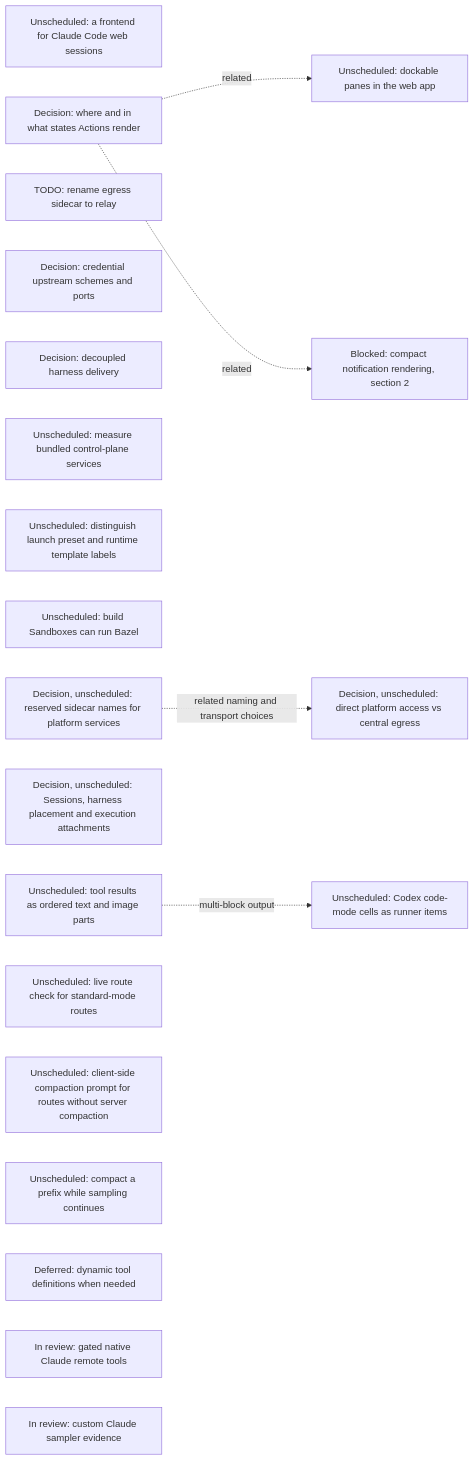
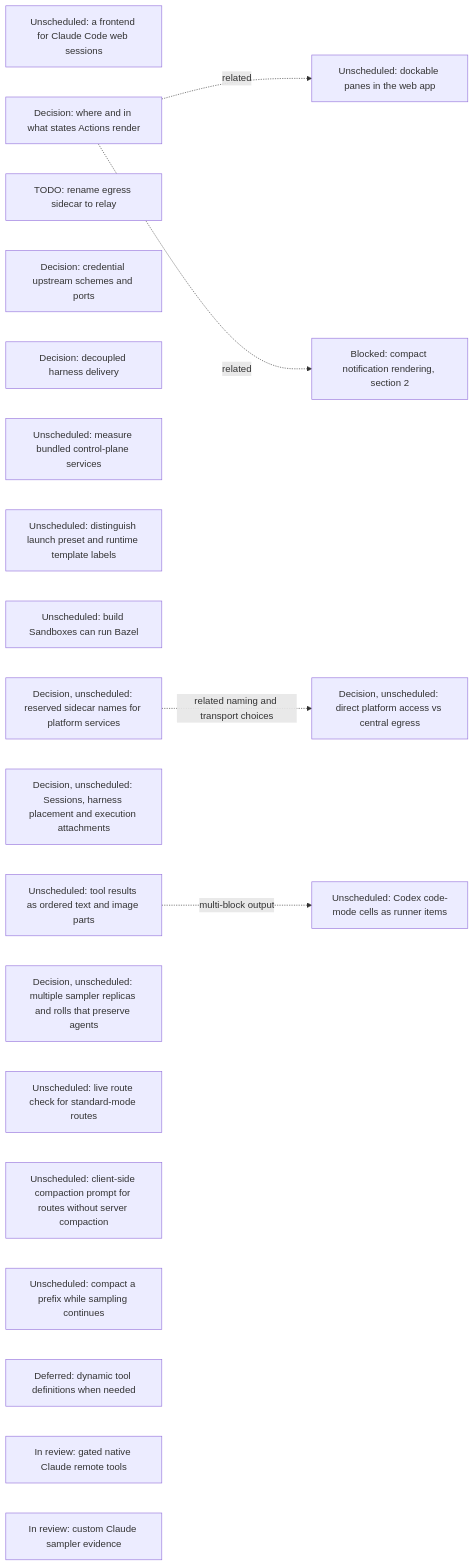
Before and after one commit to agentydragon/ducktape: the sixth of 18 diagrams in agentplane/plans/task_dag.md, drawn with Mermaid. The commit also changed other lines of this file and 1 other file, not shown here.

Commit message:
docs(agentplane): track sampler replica ownership and safe rollouts

````diff
--- a/agentplane/plans/task_dag.md
+++ b/agentplane/plans/task_dag.md
@@ -541,27 +541,28 @@
 ```mermaid
 flowchart LR
     CLAUDE_CODE_WEB_BRIDGE[Unscheduled: a frontend for Claude Code web sessions]
     ACTION_SURFACES_DESIGN[Decision: where and in what states Actions render]
     EGRESS_RELAY_RENAME[TODO: rename egress sidecar to relay]
     EGRESS_CREDENTIAL_TRANSPORT_DESIGN[Decision: credential upstream schemes and ports]
     RUNNER_HARNESS_DELIVERY_DESIGN[Decision: decoupled harness delivery]
     K3S_BUNDLED_SERVICES_SPIKE[Unscheduled: measure bundled control-plane services]
     DOCKABLE_PANES[Unscheduled: dockable panes in the web app]
     ACTION_SURFACES_DESIGN -. related .-> DOCKABLE_PANES
     NOTIFICATION_PRESENTATION[Blocked: compact notification rendering, section 2]
     ACTION_SURFACES_DESIGN -. related .-> NOTIFICATION_PRESENTATION
     SANDBOX_FORM_TERMINOLOGY[Unscheduled: distinguish launch preset and runtime template labels]
     BUILD_BOX_BAZEL[Unscheduled: build Sandboxes can run Bazel]
     PLATFORM_SERVICE_NAMES_DESIGN[Decision, unscheduled: reserved sidecar names for platform services]
     PLATFORM_SERVICE_ROUTING_DESIGN[Decision, unscheduled: direct platform access vs central egress]
     PLATFORM_SERVICE_NAMES_DESIGN -. related naming and transport choices .-> PLATFORM_SERVICE_ROUTING_DESIGN
     SESSION_RUNTIME_MODEL_DESIGN[Decision, unscheduled: Sessions, harness placement and execution attachments]
     STRUCTURED_TOOL_OUTPUT[Unscheduled: tool results as ordered text and image parts]
     STRUCTURED_TOOL_OUTPUT -. multi-block output .-> CODEX_CODE_MODE_CELLS[Unscheduled: Codex code-mode cells as runner items]
+    CENTRAL_SAMPLER_REPLICA_ROLLOUT[Decision, unscheduled: multiple sampler replicas and rolls that preserve agents]
     CENTRAL_SAMPLER_MODEL_CAPABILITIES[Unscheduled: live route check for standard-mode routes]
     CENTRAL_SAMPLER_PROMPT_COMPACTION[Unscheduled: client-side compaction prompt for routes without server compaction]
     CENTRAL_SAMPLER_BACKGROUND_COMPACTION[Unscheduled: compact a prefix while sampling continues]
     CENTRAL_SAMPLER_DYNAMIC_TOOLS[Deferred: dynamic tool definitions when needed]
     CLAUDE_REMOTE_EXECUTION_SPIKE[In review: gated native Claude remote tools]
     CLAUDE_CUSTOM_SAMPLER[In review: custom Claude sampler evidence]
 ```
````
